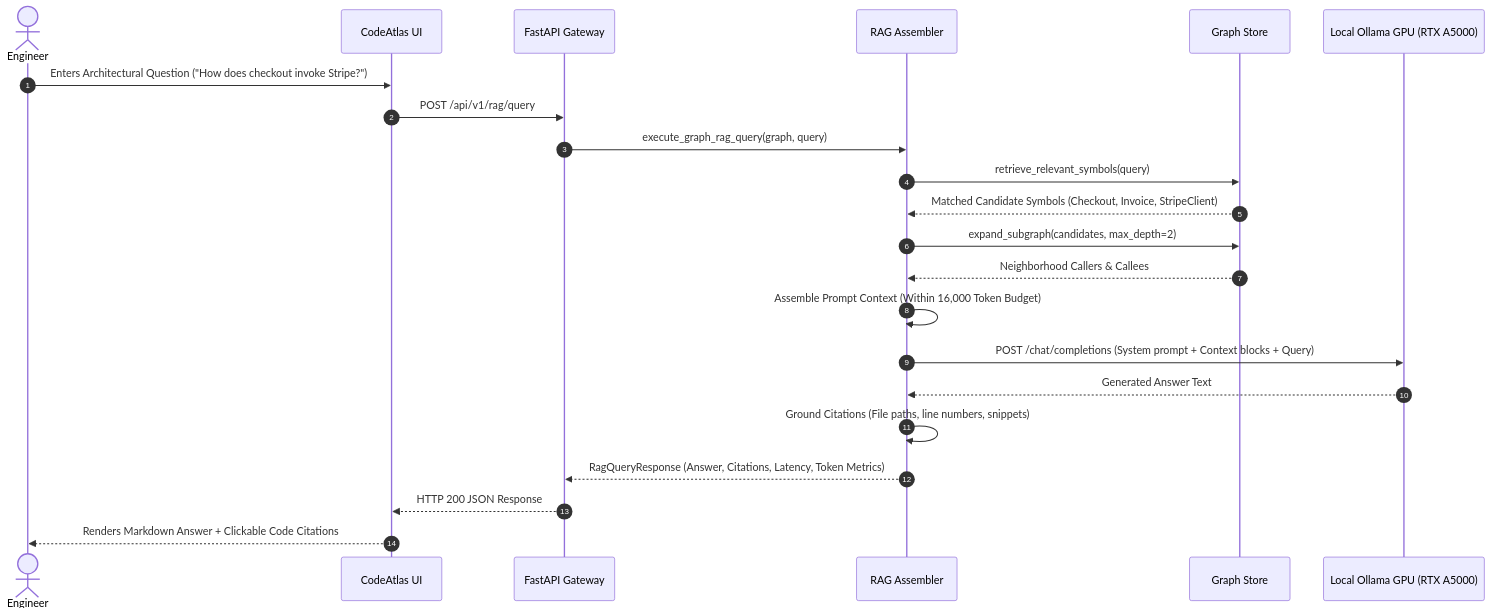
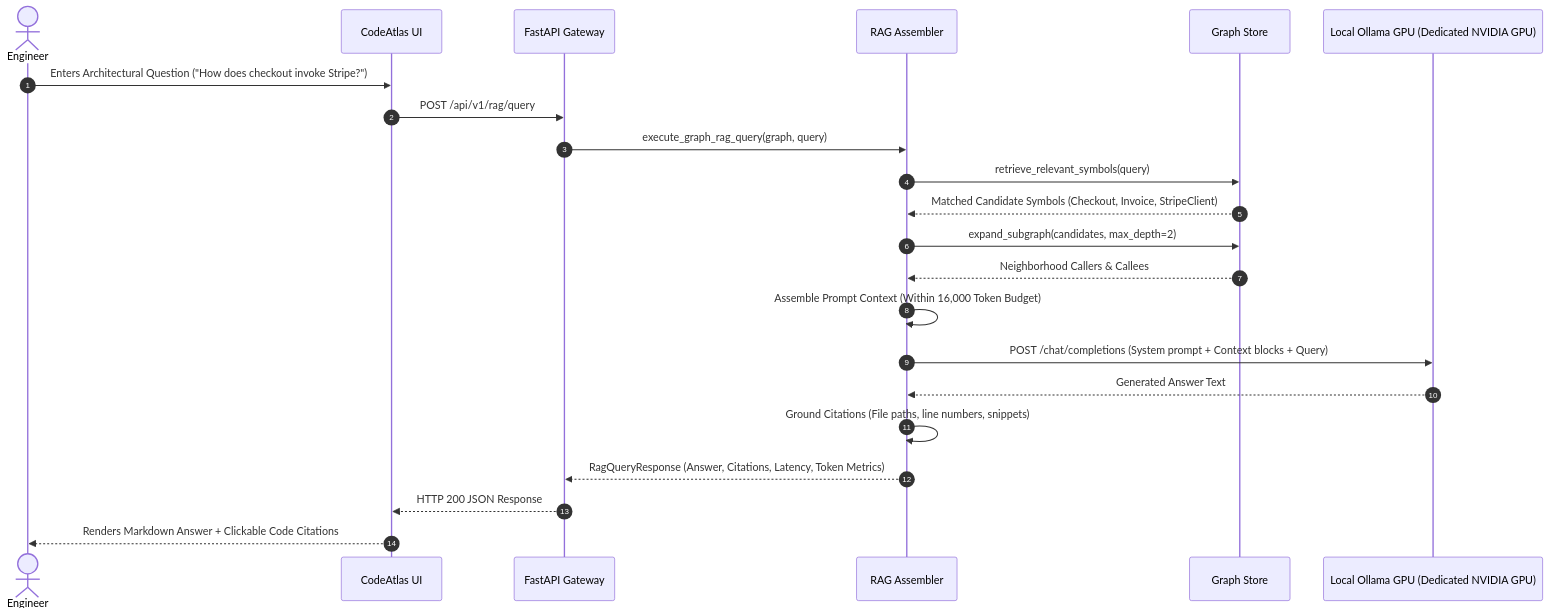
Before and after one commit to Kyrollo/codeatlas: the second of 2 diagrams in docs/architecture.md, drawn with Mermaid. The commit also changed other lines of this file and 3 other files, not shown here.

````diff
--- a/docs/architecture.md
+++ b/docs/architecture.md
@@ -50,29 +50,29 @@
 ```mermaid
 sequenceDiagram
     autonumber
     actor Engineer as Engineer
     participant UI as CodeAtlas UI
     participant API as FastAPI Gateway
     participant RAG as RAG Assembler
     participant Store as Graph Store
-    participant GPU as Local Ollama GPU (RTX A5000)
+    participant GPU as Local Ollama GPU (Dedicated NVIDIA GPU)
 
     Engineer->>UI: Enters Architectural Question ("How does checkout invoke Stripe?")
     UI->>API: POST /api/v1/rag/query
     API->>RAG: execute_graph_rag_query(graph, query)
     
     RAG->>Store: retrieve_relevant_symbols(query)
     Store-->>RAG: Matched Candidate Symbols (Checkout, Invoice, StripeClient)
     
     RAG->>Store: expand_subgraph(candidates, max_depth=2)
     Store-->>RAG: Neighborhood Callers & Callees
     
     RAG->>RAG: Assemble Prompt Context (Within 16,000 Token Budget)
     RAG->>GPU: POST /chat/completions (System prompt + Context blocks + Query)
     GPU-->>RAG: Generated Answer Text
     
     RAG->>RAG: Ground Citations (File paths, line numbers, snippets)
     RAG-->>API: RagQueryResponse (Answer, Citations, Latency, Token Metrics)
     API-->>UI: HTTP 200 JSON Response
     UI-->>Engineer: Renders Markdown Answer + Clickable Code Citations
 ```
````
